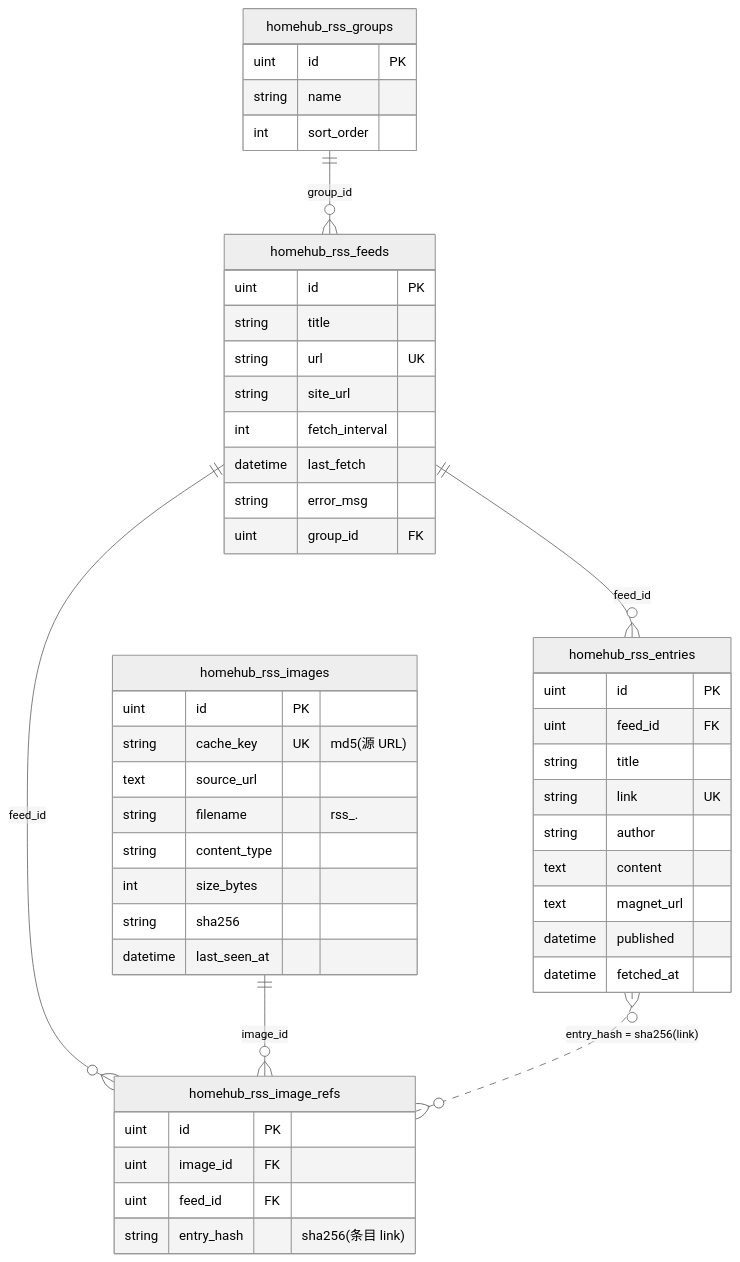
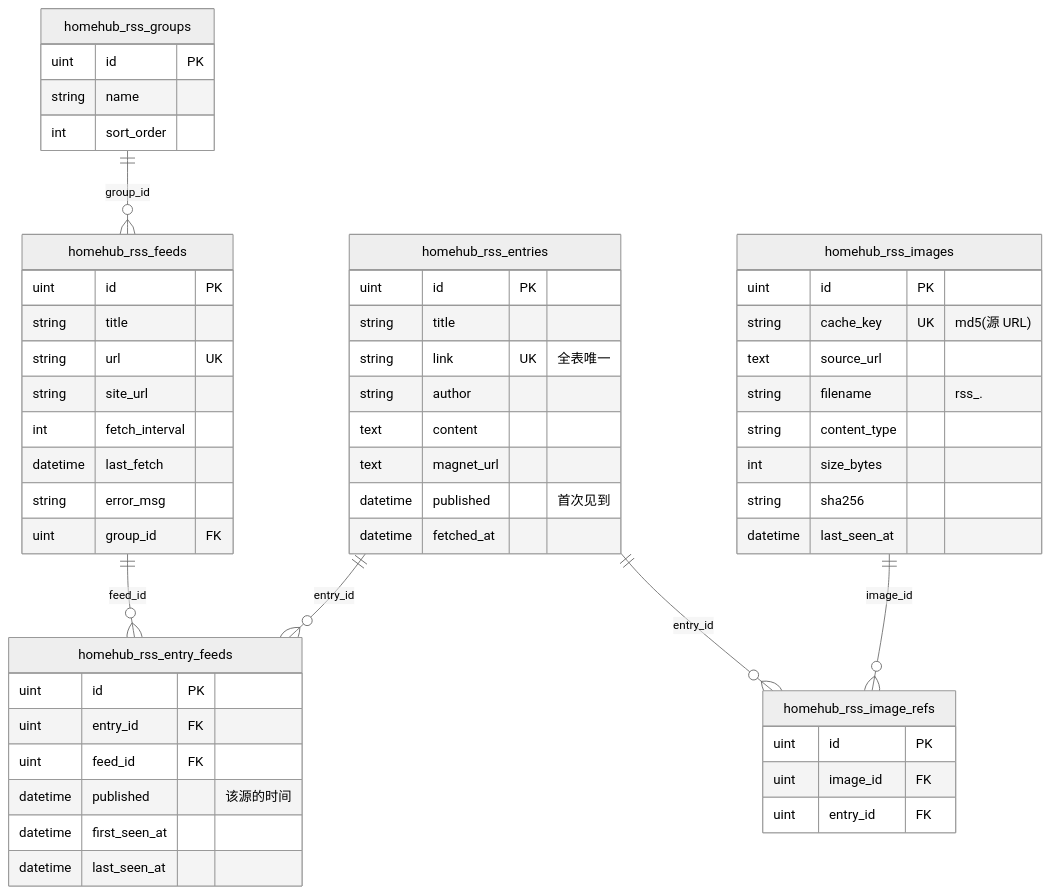
One commit to ignvex/Homehub changed the second of 3 diagrams in docs/rss-architecture.md. Above: the diagram before and after it, drawn with Mermaid (neutral theme). The commit also changed other lines of this file and 18 other files, not shown here.

````diff
--- a/docs/rss-architecture.md
+++ b/docs/rss-architecture.md
@@ -109,51 +121,57 @@
 ```mermaid
 erDiagram
     homehub_rss_groups ||--o{ homehub_rss_feeds : "group_id"
-    homehub_rss_feeds ||--o{ homehub_rss_entries : "feed_id"
-    homehub_rss_feeds ||--o{ homehub_rss_image_refs : "feed_id"
+    homehub_rss_feeds ||--o{ homehub_rss_entry_feeds : "feed_id"
+    homehub_rss_entries ||--o{ homehub_rss_entry_feeds : "entry_id"
     homehub_rss_images ||--o{ homehub_rss_image_refs : "image_id"
-    homehub_rss_entries }o..o{ homehub_rss_image_refs : "entry_hash = sha256(link)"
+    homehub_rss_entries ||--o{ homehub_rss_image_refs : "entry_id"
 
     homehub_rss_groups {
         uint id PK
         string name
         int sort_order
     }
     homehub_rss_feeds {
         uint id PK
         string title
         string url UK
         string site_url
         int fetch_interval
         datetime last_fetch
         string error_msg
         uint group_id FK
     }
     homehub_rss_entries {
         uint id PK
-        uint feed_id FK
         string title
-        string link UK
+        string link UK "全表唯一"
         string author
         text content
         text magnet_url
-        datetime published
+        datetime published "首次见到"
         datetime fetched_at
+    }
+    homehub_rss_entry_feeds {
+        uint id PK
+        uint entry_id FK
+        uint feed_id FK
+        datetime published "该源的时间"
+        datetime first_seen_at
+        datetime last_seen_at
     }
     homehub_rss_images {
         uint id PK
         string cache_key UK "md5(源 URL)"
         text source_url
         string filename "rss_<key>.<ext>"
         string content_type
         int size_bytes
         string sha256
         datetime last_seen_at
     }
     homehub_rss_image_refs {
         uint id PK
         uint image_id FK
-        uint feed_id FK
-        string entry_hash "sha256(条目 link)"
+        uint entry_id FK
     }
 ```
````
